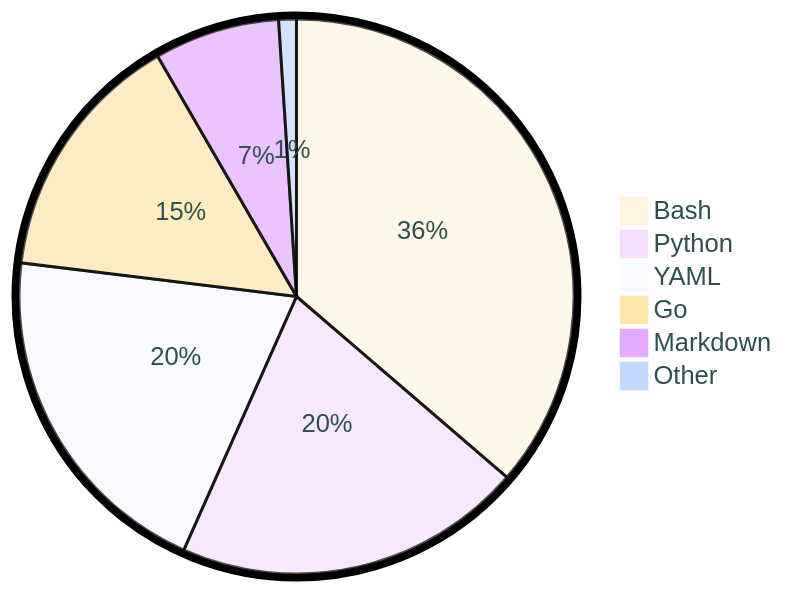
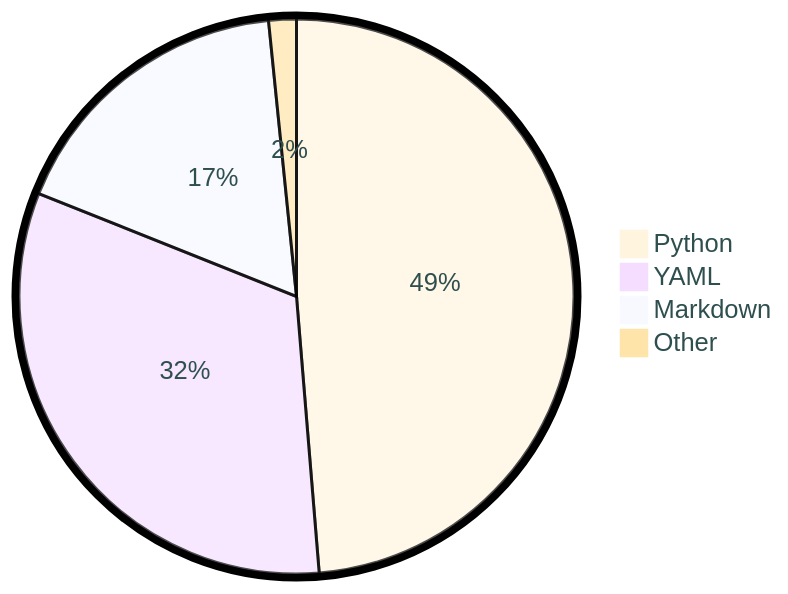
One commit to tot0p/tot0p changed the diagram in README.md. Above: the diagram before and after it, drawn with Mermaid. The commit also changed other lines of this file, not shown here.

````diff
--- a/README.md
+++ b/README.md
@@ -75,10 +69,8 @@
 ```mermaid
 %%{init: {"pie": {"textPosition": 0.5}, "themeVariables": {"pieOuterStrokeWidth": "5px","primaryTextColor" : "#2F4F4F"},"theme":"base"} }%%
 pie
-	"Bash": 36.3
-	"Python": 20.37
-	"YAML": 20.28
-	"Go": 14.73
-	"Markdown": 7.31
-	"Other": 1.03
+	"Python": 48.69
+	"YAML": 32.35
+	"Markdown": 17.34
+	"Other": 1.61
 ```
````
